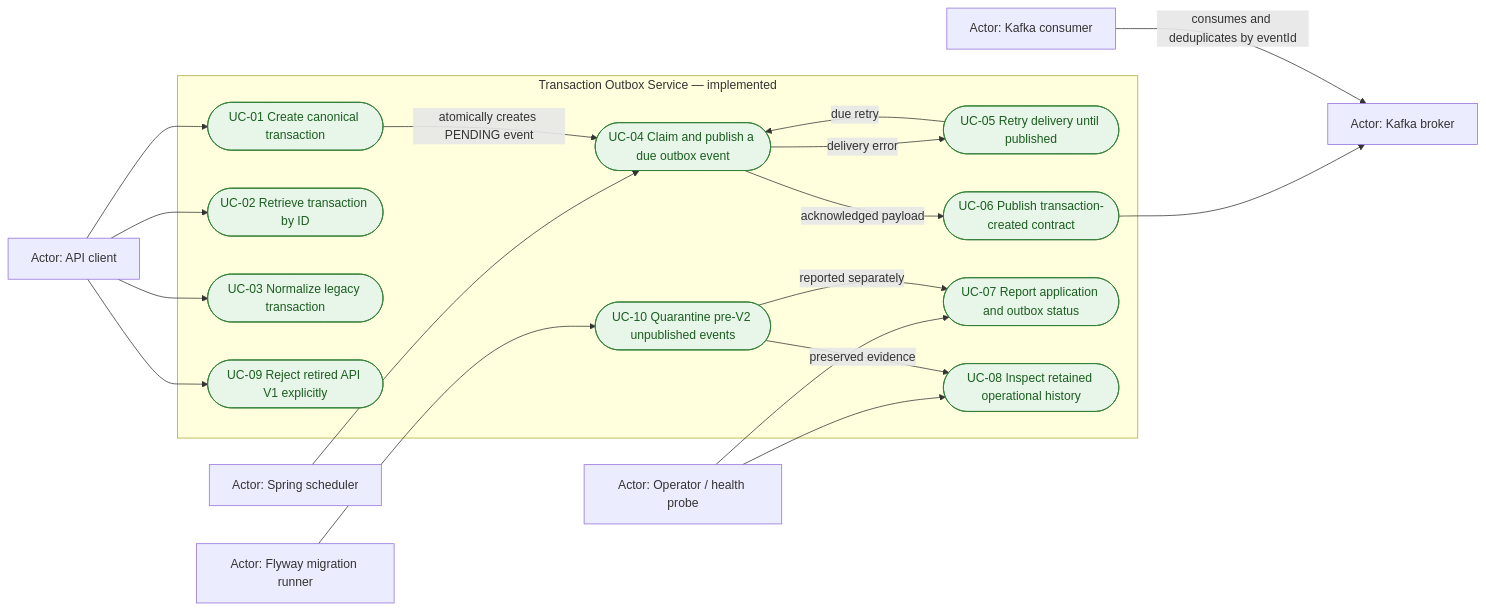
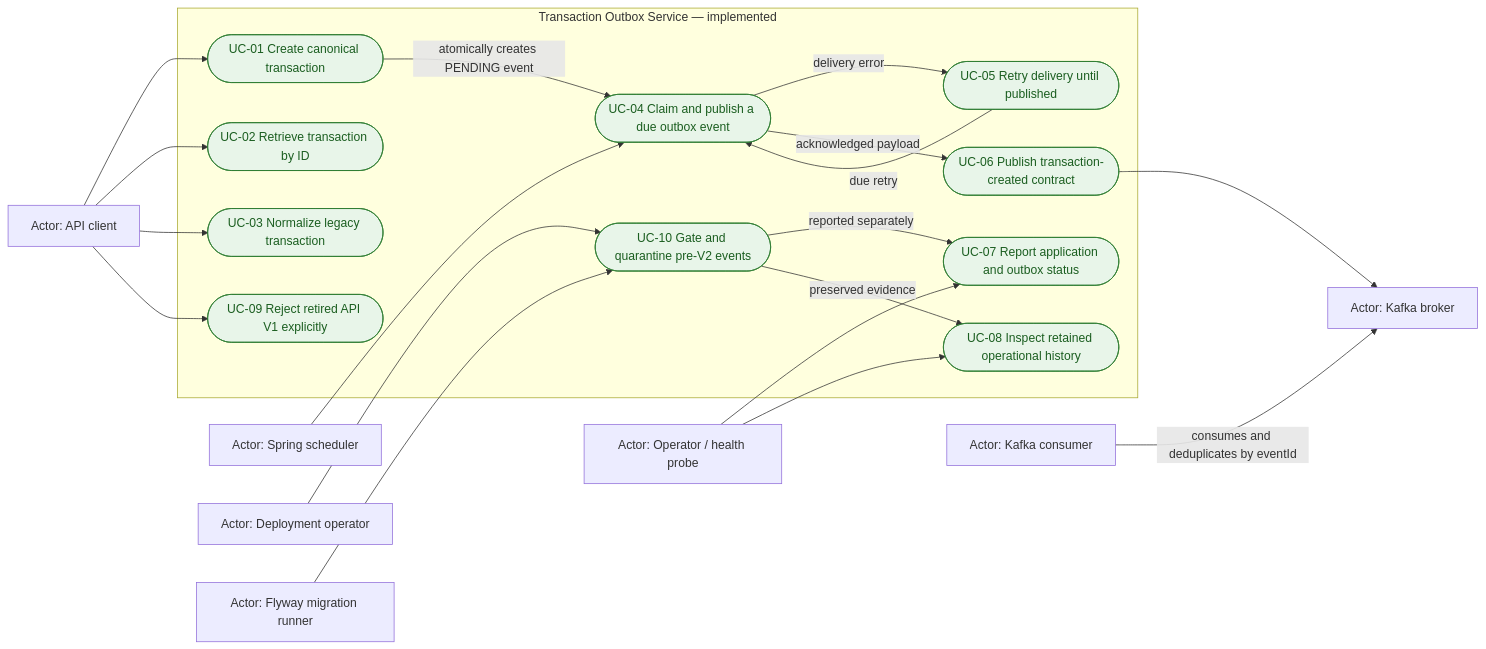
One commit to tarunngusain08/transaction-outbox-service changed the first of 3 diagrams in docs/use-cases.md. Above: the diagram before and after it, drawn with Mermaid. The commit also changed other lines of this file and 7 other files, not shown here.

````diff
--- a/docs/use-cases.md
+++ b/docs/use-cases.md
@@ -17,42 +17,44 @@
 ```mermaid
 flowchart LR
     apiClient["Actor: API client"]
     scheduler["Actor: Spring scheduler"]
     operator["Actor: Operator / health probe"]
+    deployment["Actor: Deployment operator"]
     migration["Actor: Flyway migration runner"]
     kafkaBroker["Actor: Kafka broker"]
     kafkaConsumer["Actor: Kafka consumer"]
 
     subgraph service["Transaction Outbox Service — implemented"]
         uc01(["UC-01 Create canonical transaction"])
         uc02(["UC-02 Retrieve transaction by ID"])
         uc03(["UC-03 Normalize legacy transaction"])
         uc04(["UC-04 Claim and publish a due outbox event"])
         uc05(["UC-05 Retry delivery until published"])
         uc06(["UC-06 Publish transaction-created contract"])
         uc07(["UC-07 Report application and outbox status"])
         uc08(["UC-08 Inspect retained operational history"])
         uc09(["UC-09 Reject retired API V1 explicitly"])
-        uc10(["UC-10 Quarantine pre-V2 unpublished events"])
+        uc10(["UC-10 Gate and quarantine pre-V2 events"])
     end
 
     apiClient --> uc01
     apiClient --> uc02
     apiClient --> uc03
     apiClient --> uc09
+    deployment --> uc10
     migration --> uc10
     scheduler --> uc04
     uc01 -->|atomically creates PENDING event| uc04
     uc04 -->|delivery error| uc05
     uc05 -->|due retry| uc04
     uc04 -->|acknowledged payload| uc06
     uc06 --> kafkaBroker
     kafkaConsumer -->|consumes and deduplicates by eventId| kafkaBroker
     operator --> uc07
     operator --> uc08
     uc10 -->|reported separately| uc07
     uc10 -->|preserved evidence| uc08
 
     classDef implemented fill:#e8f5e9,stroke:#2e7d32,color:#1b5e20;
     class uc01,uc02,uc03,uc04,uc05,uc06,uc07,uc08,uc09,uc10 implemented;
 ```
````
